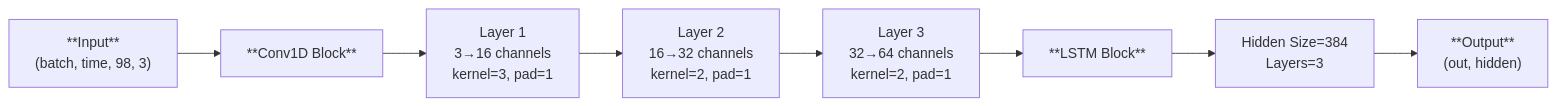
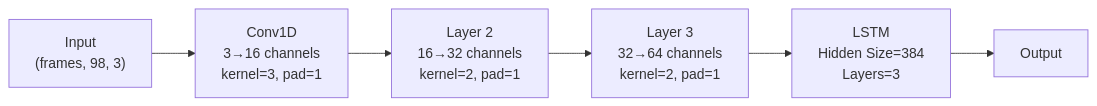
Before and after one commit to farahpiralic/ASLens-Test: the second of 2 diagrams in README.md, drawn with Mermaid.

````diff
--- a/README.md
+++ b/README.md
@@ -101,10 +101,10 @@
 ```mermaid
+
 graph LR
-    A["**Input**<br>(batch, time, 98, 3)"] --> B["**Conv1D Block**"]
-    B --> C["Layer 1<br>3→16 channels<br>kernel=3, pad=1"]
-    C --> D["Layer 2<br>16→32 channels<br>kernel=2, pad=1"]
-    D --> E["Layer 3<br>32→64 channels<br>kernel=2, pad=1"]
-    E --> F["**LSTM Block**"]
-    F --> G["Hidden Size=384<br>Layers=3"]
-    G --> H["**Output**<br>(out, hidden)"]
+A["Input<br>(frames, 98, 3)"]
+A --> C["Conv1D<br>3→16 channels<br>kernel=3, pad=1"]
+C --> D["Layer 2<br>16→32 channels<br>kernel=2, pad=1"]
+D --> E["Layer 3<br>32→64 channels<br>kernel=2, pad=1"]
+E --> G["LSTM<br>Hidden Size=384<br>Layers=3"]
+G --> H["Output<br>"]
 ```
````
